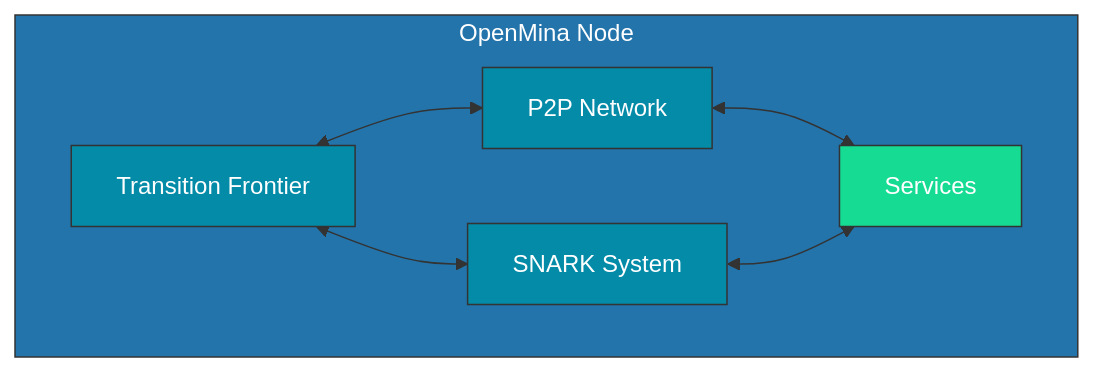
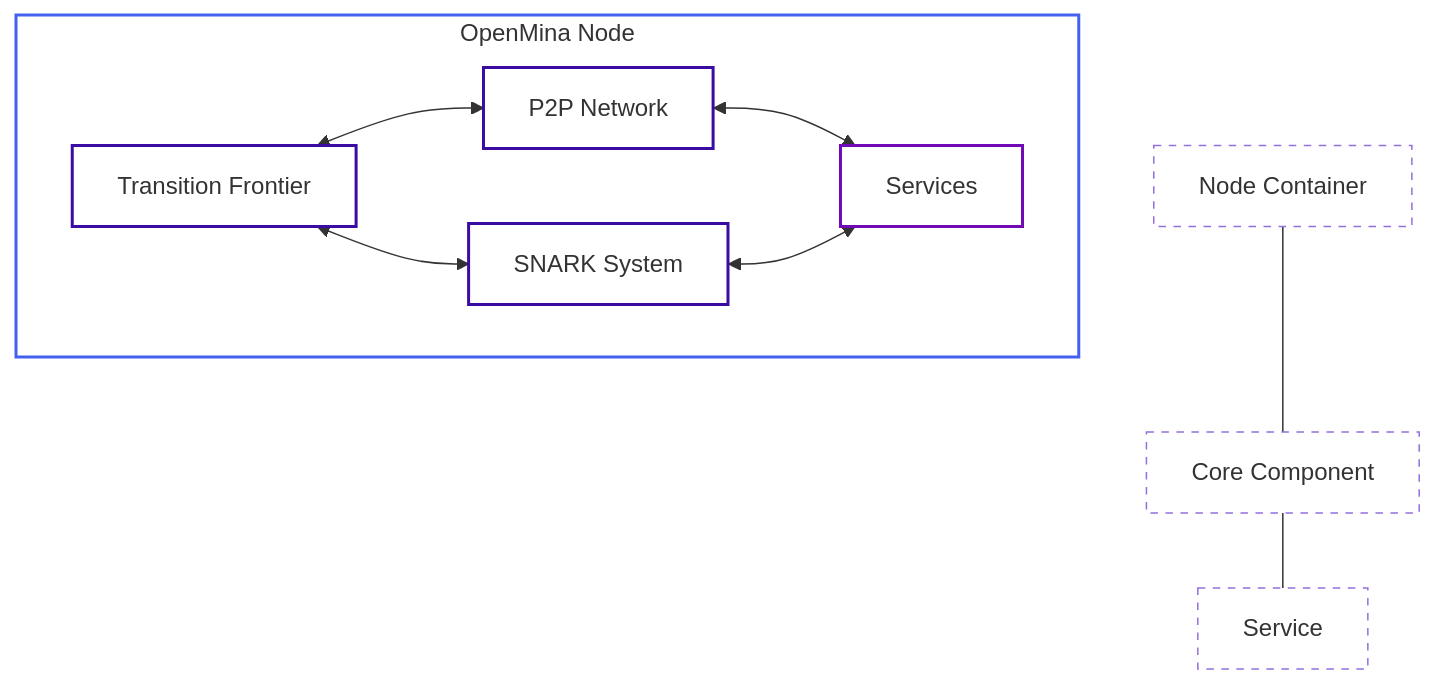
Before and after one commit to openmina/openmina: the diagram in llm-docs/architecture/system-overview.md, drawn with Mermaid. The commit also changed other lines of this file and 7 other files, not shown here.

Commit message:
Updated Diagrams

````diff
--- a/llm-docs/architecture/system-overview.md
+++ b/llm-docs/architecture/system-overview.md
@@ -7,17 +7,22 @@
 ```mermaid
 graph TD
     subgraph OpenMina["OpenMina Node"]
         TF["Transition Frontier"] <--> SNARK["SNARK System"]
         TF <--> P2P["P2P Network"]
         P2P <--> Services["Services"]
         SNARK <--> Services
     end
 
-    classDef core fill:#2374ab,stroke:#333,stroke-width:1px,color:white;
-    classDef component fill:#048ba8,stroke:#333,stroke-width:1px,color:white;
-    classDef service fill:#16db93,stroke:#333,stroke-width:1px,color:white;
+    %% Legend
+    L1["Node Container"] --- L2["Core Component"] --- L3["Service"]
+
+    classDef core stroke:#4361ee,stroke-width:2px,fill:none;
+    classDef component stroke:#3a0ca3,stroke-width:2px,fill:none;
+    classDef service stroke:#7209b7,stroke-width:2px,fill:none;
+    classDef legend stroke-dasharray: 5 5, fill:none;
 
     class OpenMina core;
     class TF,SNARK,P2P component;
     class Services service;
+    class L1,L2,L3 legend;
 ```
````
